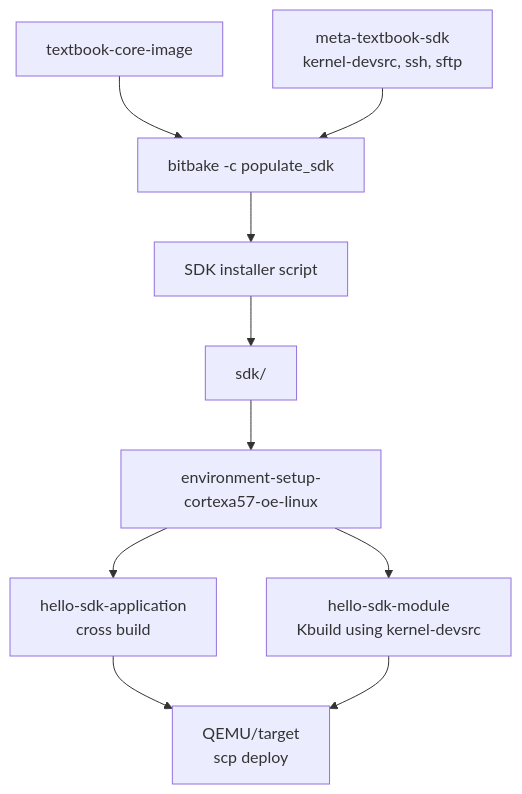
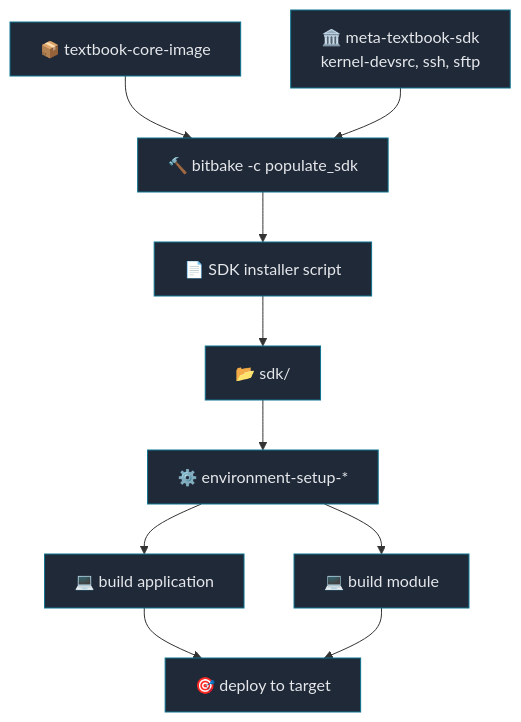
Before and after one commit to yocto-textbook/document: the diagram in topics/13-sdk-workflow.md, drawn with Mermaid. The commit also changed other lines of this file and 17 other files, not shown here.

````diff
--- a/topics/13-sdk-workflow.md
+++ b/topics/13-sdk-workflow.md
@@ -33,14 +61,24 @@
 ```mermaid
 flowchart TB
-    Image["textbook-core-image"] --> PopulateSDK["bitbake -c populate_sdk"]
-    SDKLayer["meta-textbook-sdk<br/>kernel-devsrc, ssh, sftp"] --> PopulateSDK
-    PopulateSDK --> Installer["SDK installer script"]
-    Installer --> SDKDir["sdk/"]
-    SDKDir --> Env["environment-setup-cortexa57-oe-linux"]
+    Image["📦 textbook-core-image"] --> PopulateSDK["🔨 bitbake -c populate_sdk"]
+    SDKLayer["🏛️ meta-textbook-sdk<br/>kernel-devsrc, ssh, sftp"] --> PopulateSDK
+    PopulateSDK --> Installer["📄 SDK installer script"]
+    Installer --> SDKDir["📂 sdk/"]
+    SDKDir --> Env["⚙️ environment-setup-*"]
 
-    Env --> AppBuild["hello-sdk-application<br/>cross build"]
-    Env --> ModuleBuild["hello-sdk-module<br/>Kbuild using kernel-devsrc"]
+    Env --> AppBuild["💻 build application"]
+    Env --> ModuleBuild["💻 build module"]
 
-    AppBuild --> Target["QEMU/target<br/>scp deploy"]
+    AppBuild --> Target["🎯 deploy to target"]
     ModuleBuild --> Target
+
+    style Image fill:#1f2937,stroke:#0e7490,stroke-width:1px,color:#e5e7eb
+    style PopulateSDK fill:#1f2937,stroke:#0e7490,stroke-width:1px,color:#e5e7eb
+    style SDKLayer fill:#1f2937,stroke:#0e7490,stroke-width:1px,color:#e5e7eb
+    style Installer fill:#1f2937,stroke:#0e7490,stroke-width:1px,color:#e5e7eb
+    style SDKDir fill:#1f2937,stroke:#0e7490,stroke-width:1px,color:#e5e7eb
+    style Env fill:#1f2937,stroke:#0e7490,stroke-width:1px,color:#e5e7eb
+    style AppBuild fill:#1f2937,stroke:#0e7490,stroke-width:1px,color:#e5e7eb
+    style ModuleBuild fill:#1f2937,stroke:#0e7490,stroke-width:1px,color:#e5e7eb
+    style Target fill:#1f2937,stroke:#0e7490,stroke-width:1px,color:#e5e7eb
 ```
````
